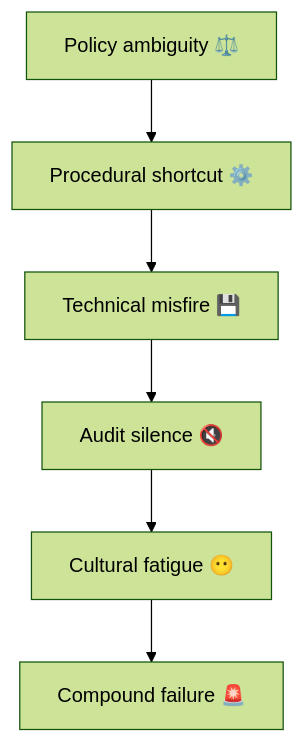
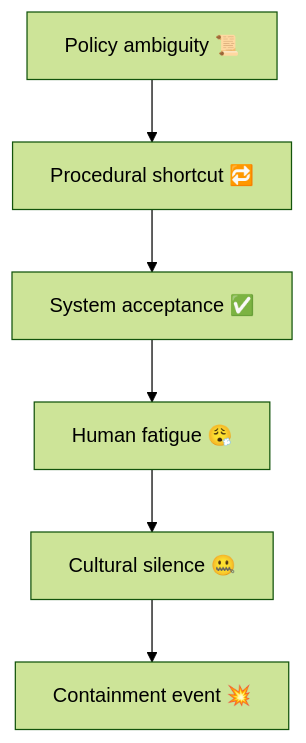
Before and after one commit to josefsbreakfast/Polaris-Protocol: the diagram in Polaris_Nest/Git_Intake_Drawer/🧩_swiss_cheese_failures_when_process_holes_align.md, drawn with Mermaid (forest theme). The commit also changed other lines of this file and 22 other files, not shown here.

````diff
--- a/Polaris_Nest/Git_Intake_Drawer/🧩_swiss_cheese_failures_when_process_holes_align.md
+++ b/Polaris_Nest/Git_Intake_Drawer/🧩_swiss_cheese_failures_when_process_holes_align.md
@@ -32,8 +32,8 @@
 ```mermaid
 flowchart TD
-A["Policy ambiguity ⚖️"] --> B["Procedural shortcut ⚙️"]
-B --> C["Technical misfire 💾"]
-C --> D["Audit silence 🔇"]
-D --> E["Cultural fatigue 😶"]
-E --> F["Compound failure 🚨"]
+A["Policy ambiguity 📜"] --> B["Procedural shortcut 🔁"]
+B --> C["System acceptance ✅"]
+C --> D["Human fatigue 😮‍💨"]
+D --> E["Cultural silence 🤐"]
+E --> F["Containment event 💥"]
 ```
````
